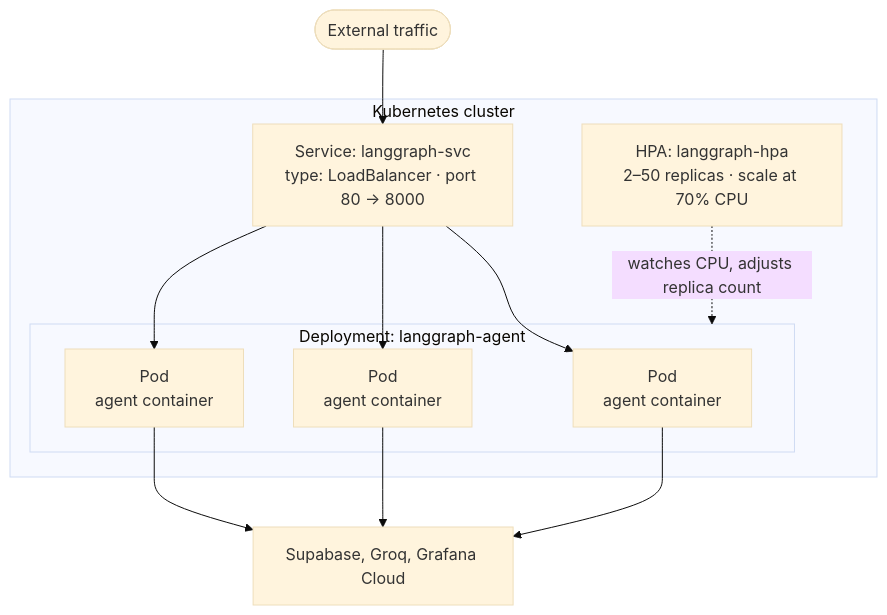
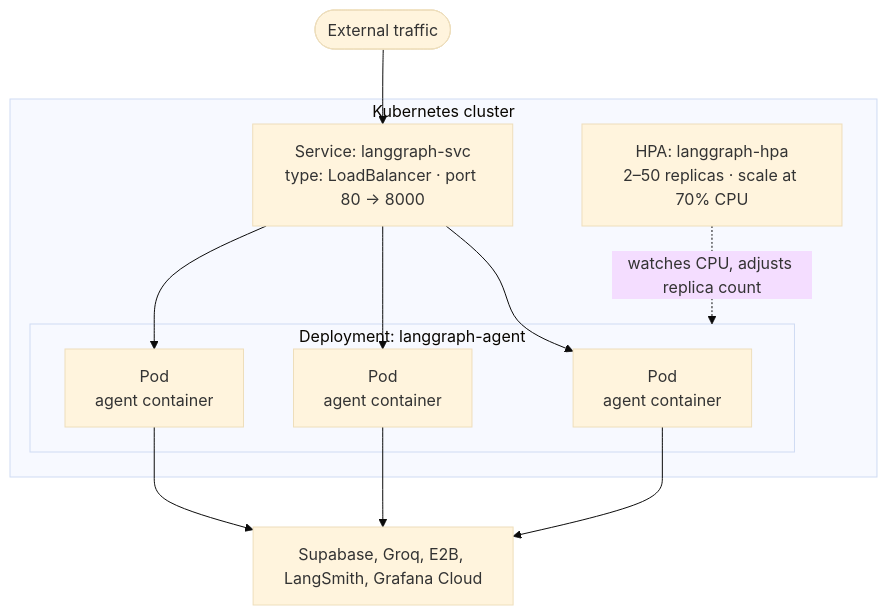
One commit to MuhammadAbbas01/Self_Healing_Customer_support_agent changed the third of 3 diagrams in README.md. Above: the diagram before and after it, drawn with Mermaid (base theme). The commit also changed other lines of this file and 20 other files, not shown here.

````diff
--- a/README.md
+++ b/README.md
@@ -215,18 +391,18 @@
 ```mermaid
 flowchart TB
     subgraph Cluster["Kubernetes cluster"]
         SVC["Service: langgraph-svc<br/>type: LoadBalancer · port 80 → 8000"]
         HPA["HPA: langgraph-hpa<br/>2–50 replicas · scale at 70% CPU"]
         subgraph Pods["Deployment: langgraph-agent"]
             P1["Pod<br/>agent container"]
             P2["Pod<br/>agent container"]
             P3["Pod<br/>agent container"]
         end
         HPA -.->|watches CPU, adjusts replica count| Pods
         SVC --> P1
         SVC --> P2
         SVC --> P3
     end
     LB(["External traffic"]) --> SVC
-    P1 & P2 & P3 --> EXT["Supabase, Groq, Grafana Cloud"]
+    P1 & P2 & P3 --> EXT["Supabase, Groq, E2B, LangSmith, Grafana Cloud"]
 ```
````
